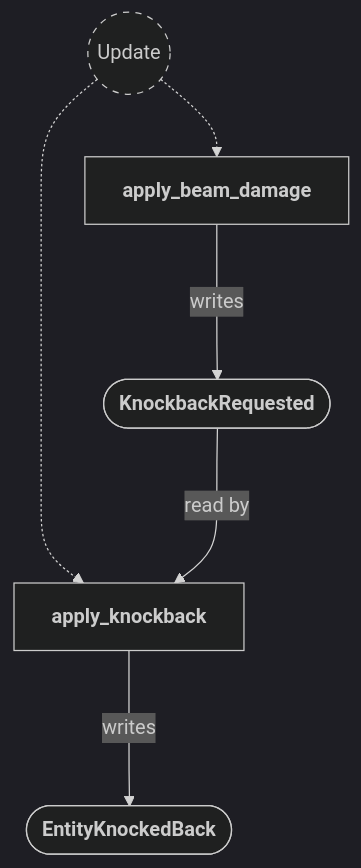
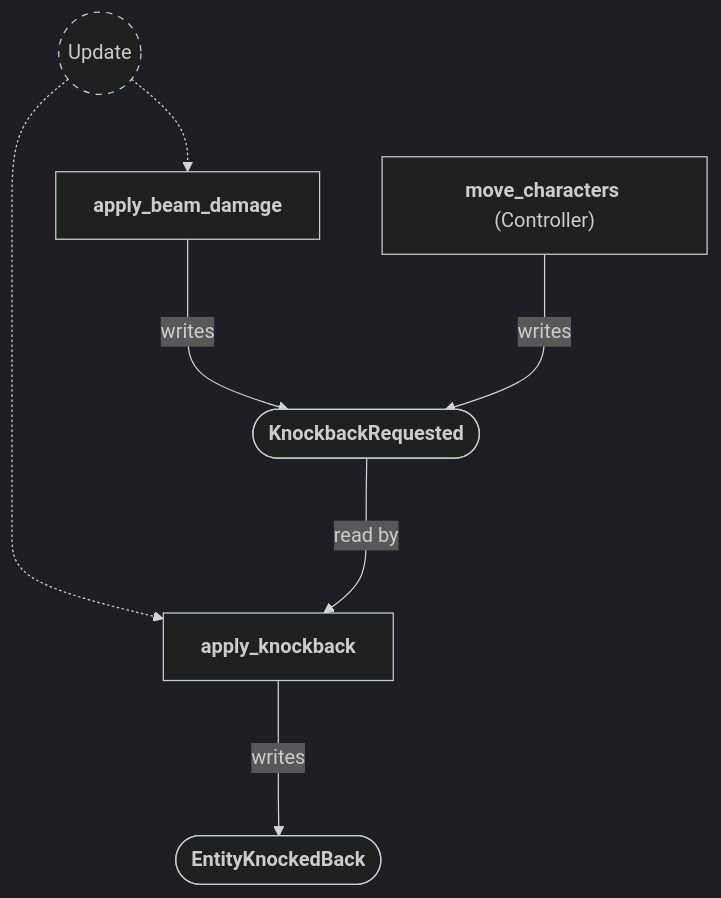
Before and after one commit to neurosoup/tyled: the tenth of 14 diagrams in backlog/docs/doc-11 - 009-Damage-plugin.md, drawn with Mermaid. The commit also changed other lines of this file and 3 other files, not shown here.

First line of the commit message:
Docs: rewrite doc-11 damage plugin, diagrams in doc-10; rename effect request systems

````diff
--- a/backlog/docs/doc-11 - 009-Damage-plugin.md
+++ b/backlog/docs/doc-11 - 009-Damage-plugin.md
@@ -341,23 +390,25 @@
 ```mermaid
 ---
 config:
   theme: dark
 ---
 
 flowchart TD
 classDef system-group stroke-dasharray: 5 5
 
 update(("`Update`")):::system-group
 apply_beam_damage["`**apply_beam_damage**`"]
 apply_knockback["`**apply_knockback**`"]
+move_characters["`**move_characters** (Controller)`"]
 
 update -.-> apply_beam_damage
 update -.-> apply_knockback
 
 knockback_requested_message(["`**KnockbackRequested**`"])
 entity_knocked_back_message(["`**EntityKnockedBack**`"])
 
 apply_beam_damage ---> |writes| knockback_requested_message
+move_characters ---> |writes| knockback_requested_message
 knockback_requested_message ---> |read by| apply_knockback
 apply_knockback ---> |writes| entity_knocked_back_message
 ```
````
